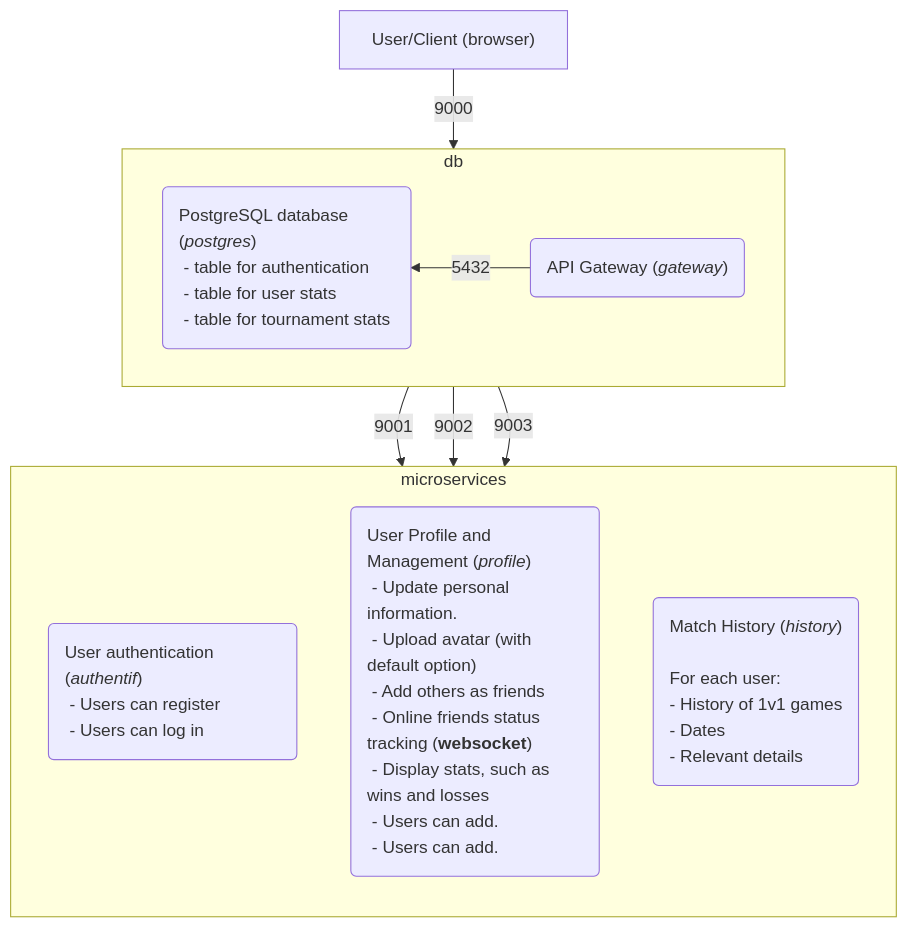
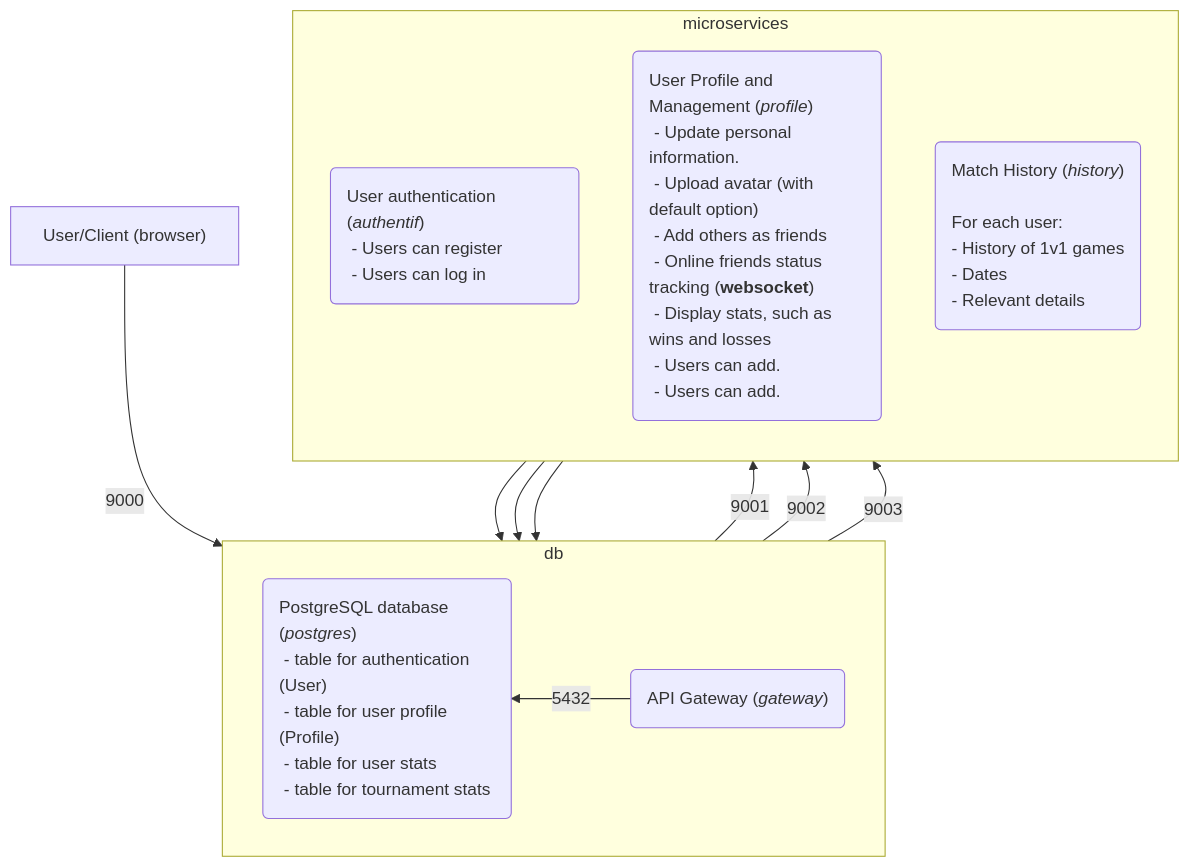
The diagram in flowchart.md (Panesico/ft_transcendence), drawn with Mermaid before and after one commit. The commit also changed other lines of this file and 19 other files, not shown here.

````diff
--- a/flowchart.md
+++ b/flowchart.md
@@ -1,25 +1,27 @@
 ```mermaid
 flowchart TB
 A["User/Client (browser)"] -->|9000| B("API Gateway (<i>gateway</i>)")
 
   subgraph db
     direction RL
     style C text-align:left
-    B -->|5432| C("PostgreSQL database (<i>postgres</i>)<br> - table for authentication<br> - table for user stats<br> - table for tournament stats")
+    B -->|5432| C("PostgreSQL database (<i>postgres</i>)<br> - table for authentication (User)<br> - table for user profile (Profile)<br> - table for user stats<br> - table for tournament stats")
   end
 
   subgraph microservices
     direction TB
       style D text-align:left
       style E text-align:left
       style F text-align:left
 
       B -->|9001| D("User authentication (<i>authentif</i>)<br> - Users can register<br> - Users can log in")
 
       B -->|9002| E("User Profile and Management (<i>profile</i>)<br> - Update personal information.<br> - Upload avatar (with default option)<br> - Add others as friends<br> - Online friends status tracking (<b>websocket</b>)<br> - Display stats, such as wins and losses<br> - Users can add.<br> - Users can add.")
 
       B -->|9003| F("Match History (<i>history</i>)<br>
       For each user:<br> - History of 1v1 games<br> - Dates<br> - Relevant details")
-
+D--> C
+E--> C
+F--> C
   end
 ``` 
````
